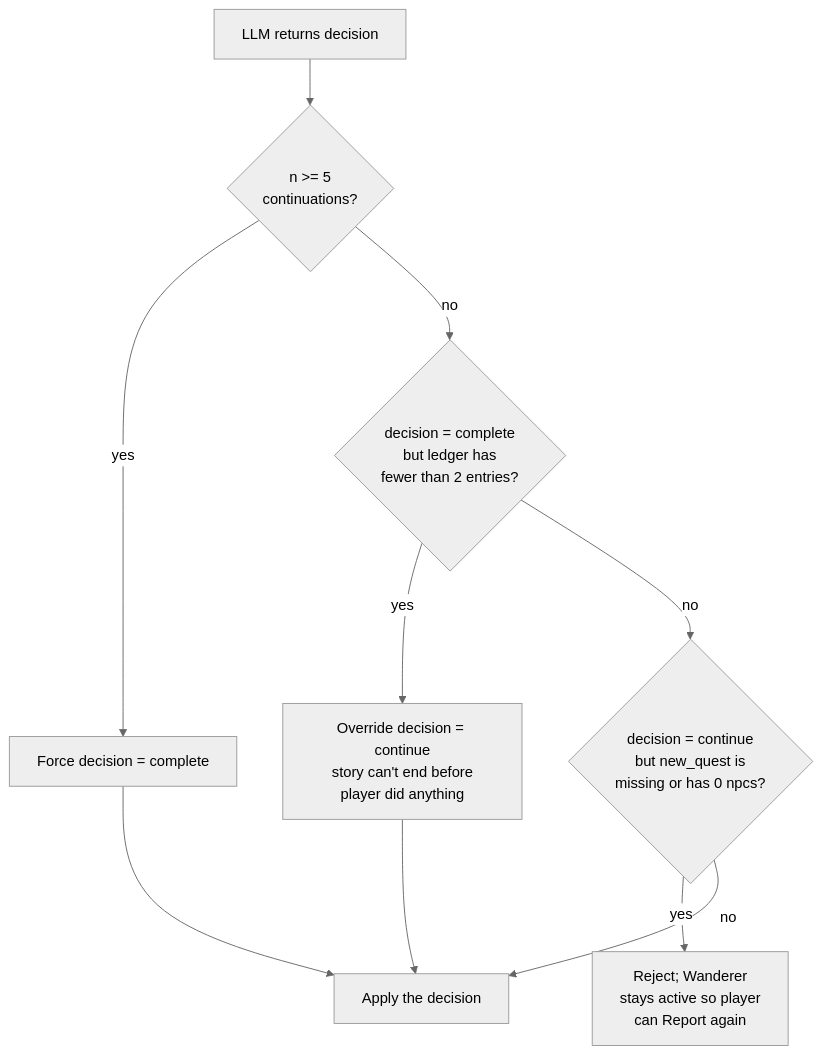
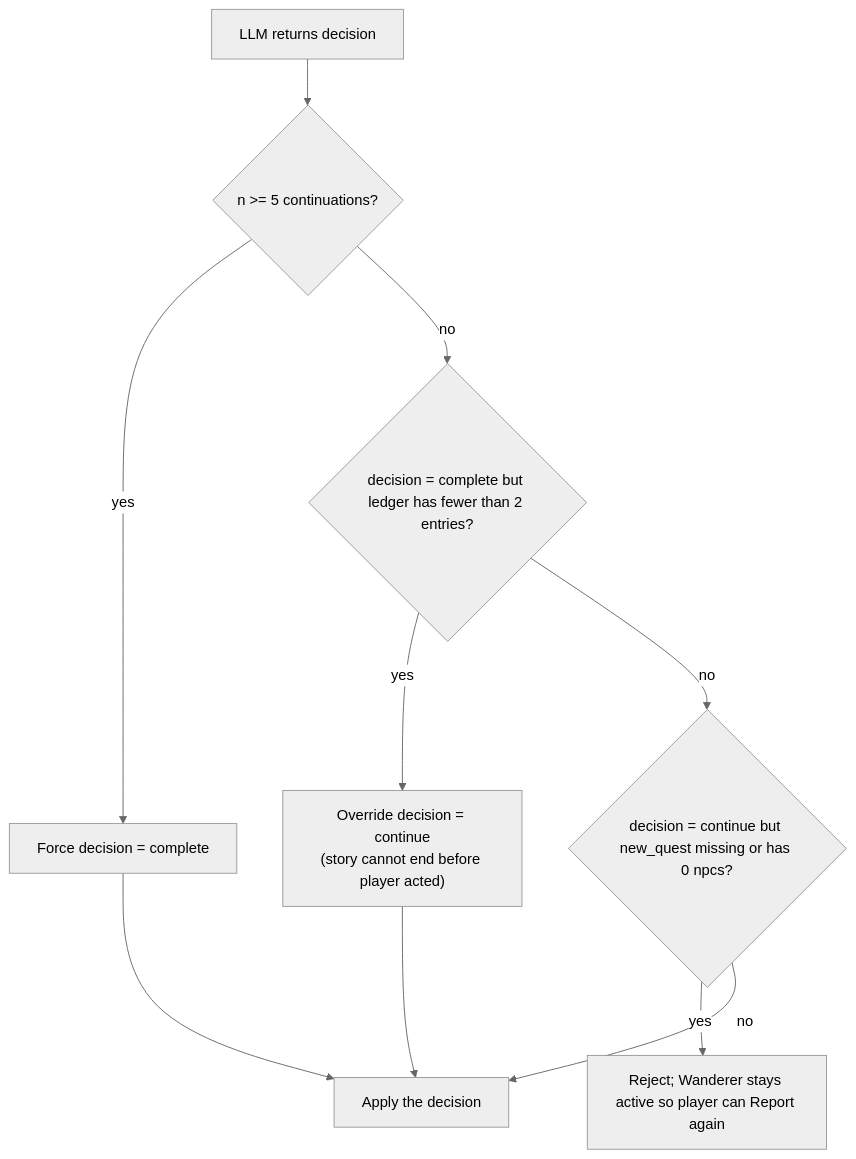
One commit to wachi35676/Agentic-Quest-Generator changed diagram 13 of 14 in README.md. Above: the diagram before and after it, drawn with Mermaid (neutral theme). The commit also changed other lines of this file, not shown here.

First line of the commit message:
Add "Wanderer-as-orchestrator: behind the scenes" section to README.md

````diff
--- a/README.md
+++ b/README.md
@@ -444,12 +587,12 @@
 ```mermaid
 flowchart TB
-    A[LLM returns decision] --> B{n >= 5<br/>continuations?}
-    B -->|yes| C[Force decision = complete]
-    B -->|no| D{decision = complete<br/>but ledger has<br/>fewer than 2 entries?}
-    D -->|yes| E[Override decision = continue<br/>story can't end before<br/>player did anything]
-    D -->|no| F{decision = continue<br/>but new_quest is<br/>missing or has 0 npcs?}
-    F -->|yes| G[Reject; Wanderer<br/>stays active so player<br/>can Report again]
-    F -->|no| H[Apply the decision]
+    A["LLM returns decision"] --> B{"n >= 5 continuations?"}
+    B -->|"yes"| C["Force decision = complete"]
+    B -->|"no"| D{"decision = complete but ledger has fewer than 2 entries?"}
+    D -->|"yes"| E["Override decision = continue<br/>(story cannot end before player acted)"]
+    D -->|"no"| F{"decision = continue but new_quest missing or has 0 npcs?"}
+    F -->|"yes"| G["Reject; Wanderer stays active so player can Report again"]
+    F -->|"no"| H["Apply the decision"]
     C --> H
     E --> H
 ```
````
